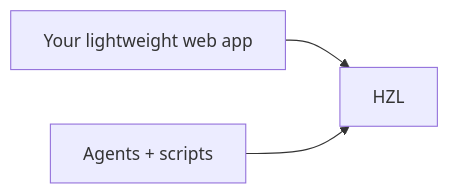
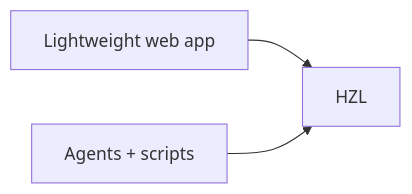
One commit to tmchow/hzl changed the fourth of 5 diagrams in packages/hzl-cli/README.md. Above: the diagram before and after it, drawn with Mermaid. The commit also changed other lines of this file and 3 other files, not shown here.

````diff
--- a/packages/hzl-cli/README.md
+++ b/packages/hzl-cli/README.md
@@ -94,5 +94,5 @@
 ```mermaid
 flowchart LR
-  UI[Your lightweight web app] --> HZL
+  UI[Lightweight web app] --> HZL
   Agents[Agents + scripts] --> HZL
 ```
````
